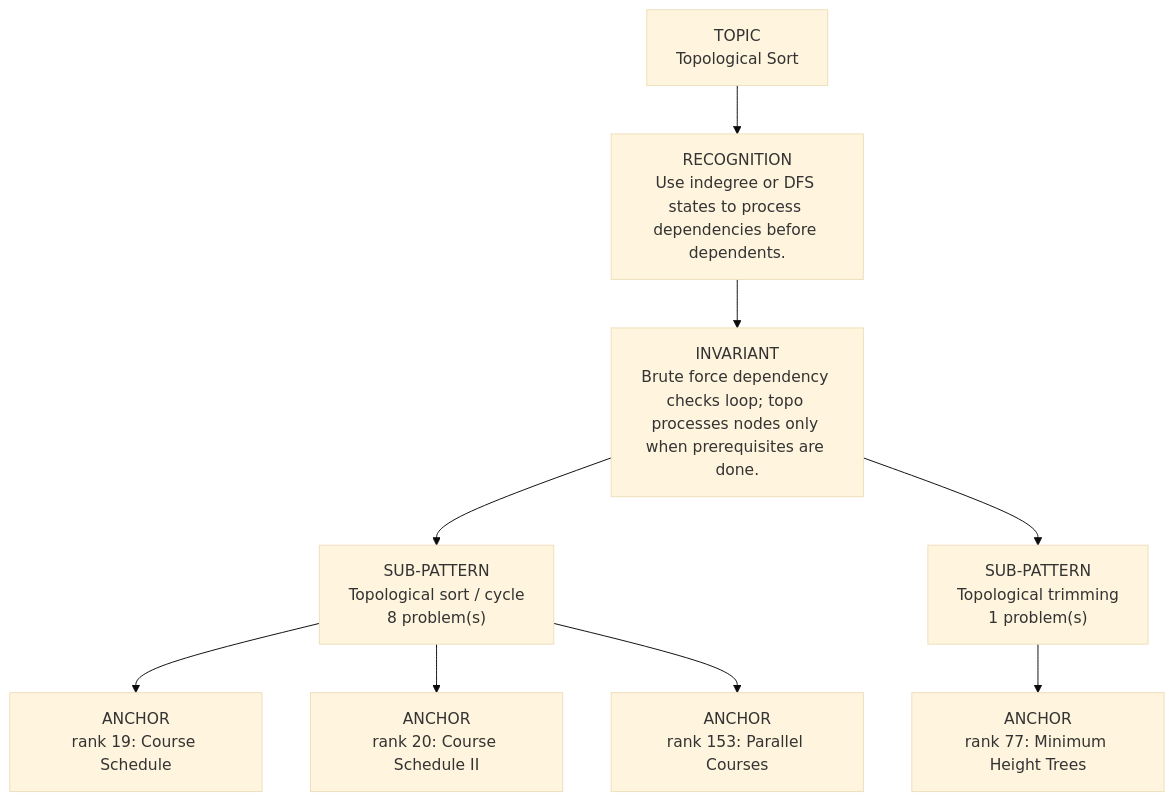
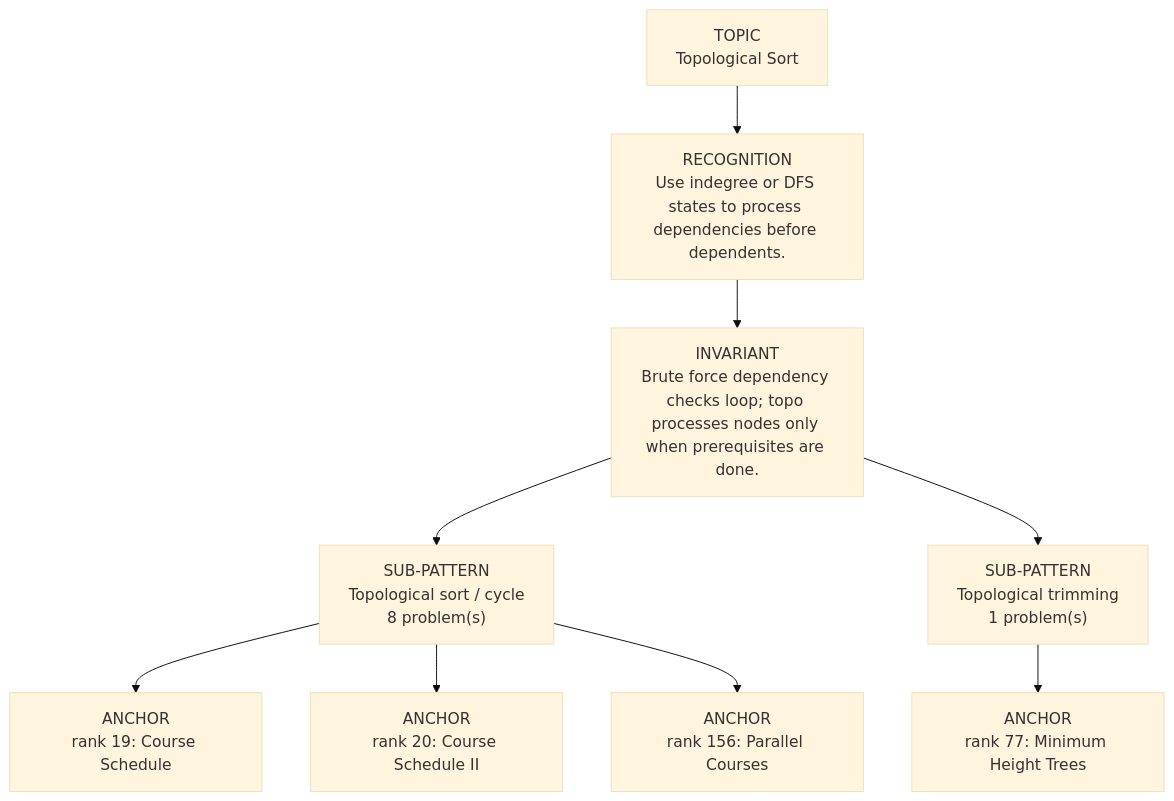
The diagram in dsa-review/interview/patterns/10_topological_sort.md (thechiranjeevjain/DSA10days), drawn with Mermaid (base theme) before and after one commit. The commit also changed other lines of this file and 30 other files, not shown here.

````diff
--- a/dsa-review/interview/patterns/10_topological_sort.md
+++ b/dsa-review/interview/patterns/10_topological_sort.md
@@ -15,13 +15,13 @@
 ```mermaid
 flowchart TD
   Topic["TOPIC<br/>Topological Sort"]
   Recognition["RECOGNITION<br/>Use indegree or DFS states to process dependencies before dependents."]
   Invariant["INVARIANT<br/>Brute force dependency checks loop; topo processes nodes only when prerequisites are done."]
   Topic --> Recognition --> Invariant
   Invariant --> Sub01["SUB-PATTERN<br/>Topological sort / cycle<br/>8 problem(s)"]
   Sub01 --> Sub01A01["ANCHOR<br/>rank 19: Course Schedule"]
   Sub01 --> Sub01A02["ANCHOR<br/>rank 20: Course Schedule II"]
-  Sub01 --> Sub01A03["ANCHOR<br/>rank 153: Parallel Courses"]
+  Sub01 --> Sub01A03["ANCHOR<br/>rank 156: Parallel Courses"]
   Invariant --> Sub02["SUB-PATTERN<br/>Topological trimming<br/>1 problem(s)"]
   Sub02 --> Sub02A01["ANCHOR<br/>rank 77: Minimum Height Trees"]
 ```
````
